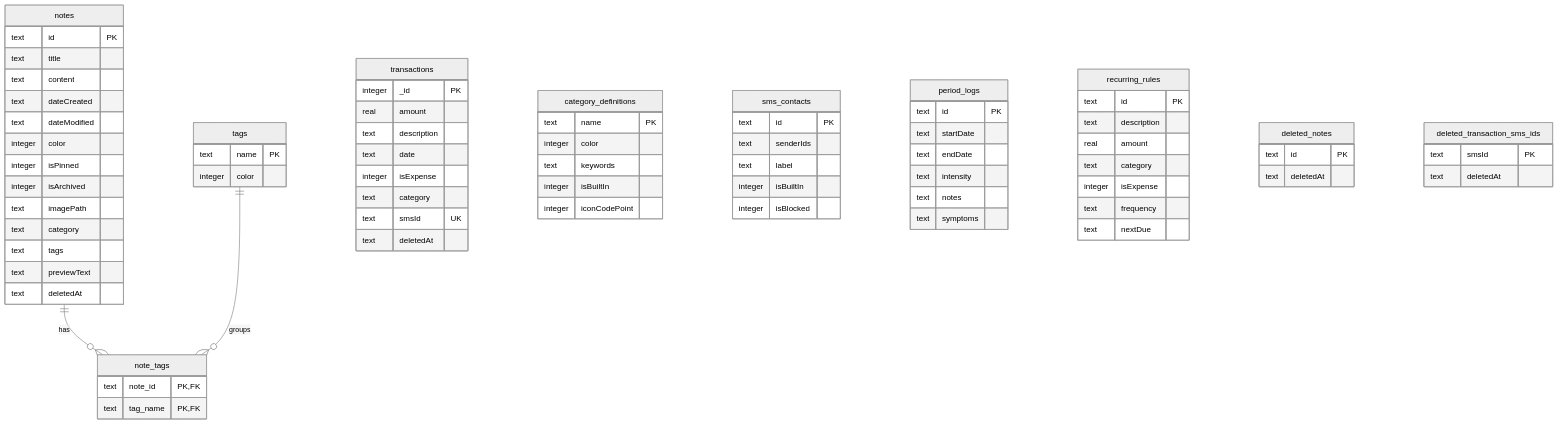
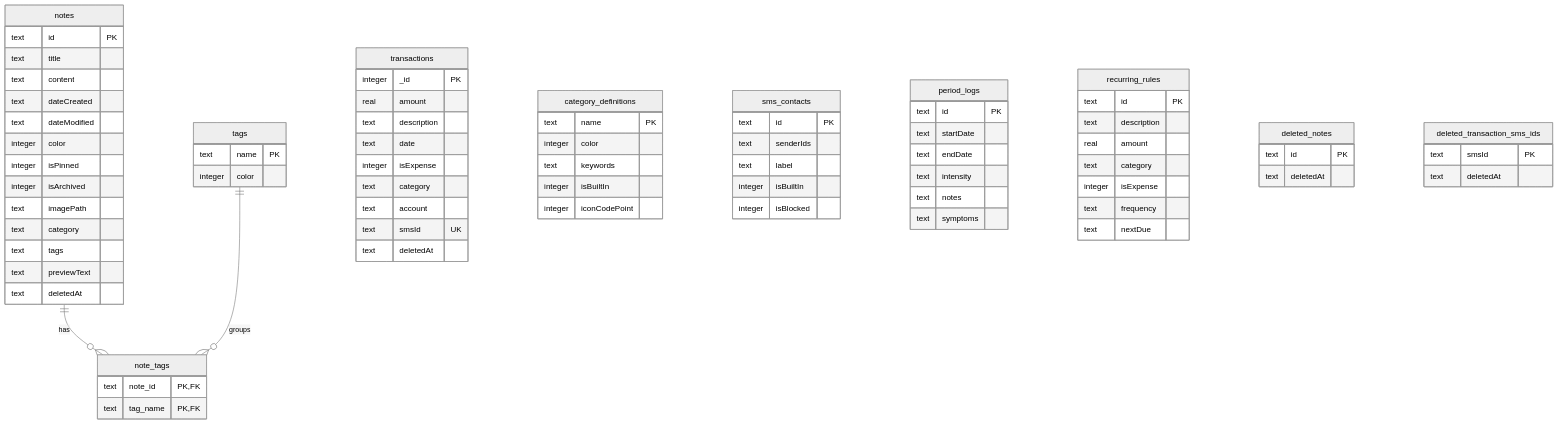
One commit to SaadhJawwadh/Note-taking changed the first of 2 diagrams in .agent/map.md. Above: the diagram before and after it, drawn with Mermaid (neutral theme). The commit also changed other lines of this file and 28 other files, not shown here.

````diff
--- a/.agent/map.md
+++ b/.agent/map.md
@@ -248,78 +259,79 @@
 ```mermaid
 erDiagram
     notes {
         text id PK
         text title
         text content
         text dateCreated
         text dateModified
         integer color
         integer isPinned
         integer isArchived
         text imagePath
         text category
         text tags
         text previewText
         text deletedAt
     }
     tags {
         text name PK
         integer color
     }
     note_tags {
         text note_id PK, FK
         text tag_name PK, FK
     }
     transactions {
         integer _id PK
         real amount
         text description
         text date
         integer isExpense
         text category
+        text account
         text smsId UK
         text deletedAt
     }
     category_definitions {
         text name PK
         integer color
         text keywords
         integer isBuiltIn
         integer iconCodePoint
     }
     sms_contacts {
         text id PK
         text senderIds
         text label
         integer isBuiltIn
         integer isBlocked
     }
     period_logs {
         text id PK
         text startDate
         text endDate
         text intensity
         text notes
         text symptoms
     }
     recurring_rules {
         text id PK
         text description
         real amount
         text category
         integer isExpense
         text frequency
         text nextDue
     }
     deleted_notes {
         text id PK
         text deletedAt
     }
     deleted_transaction_sms_ids {
         text smsId PK
         text deletedAt
     }
 
     notes ||--o{ note_tags : "has"
     tags ||--o{ note_tags : "groups"
 ```
````
